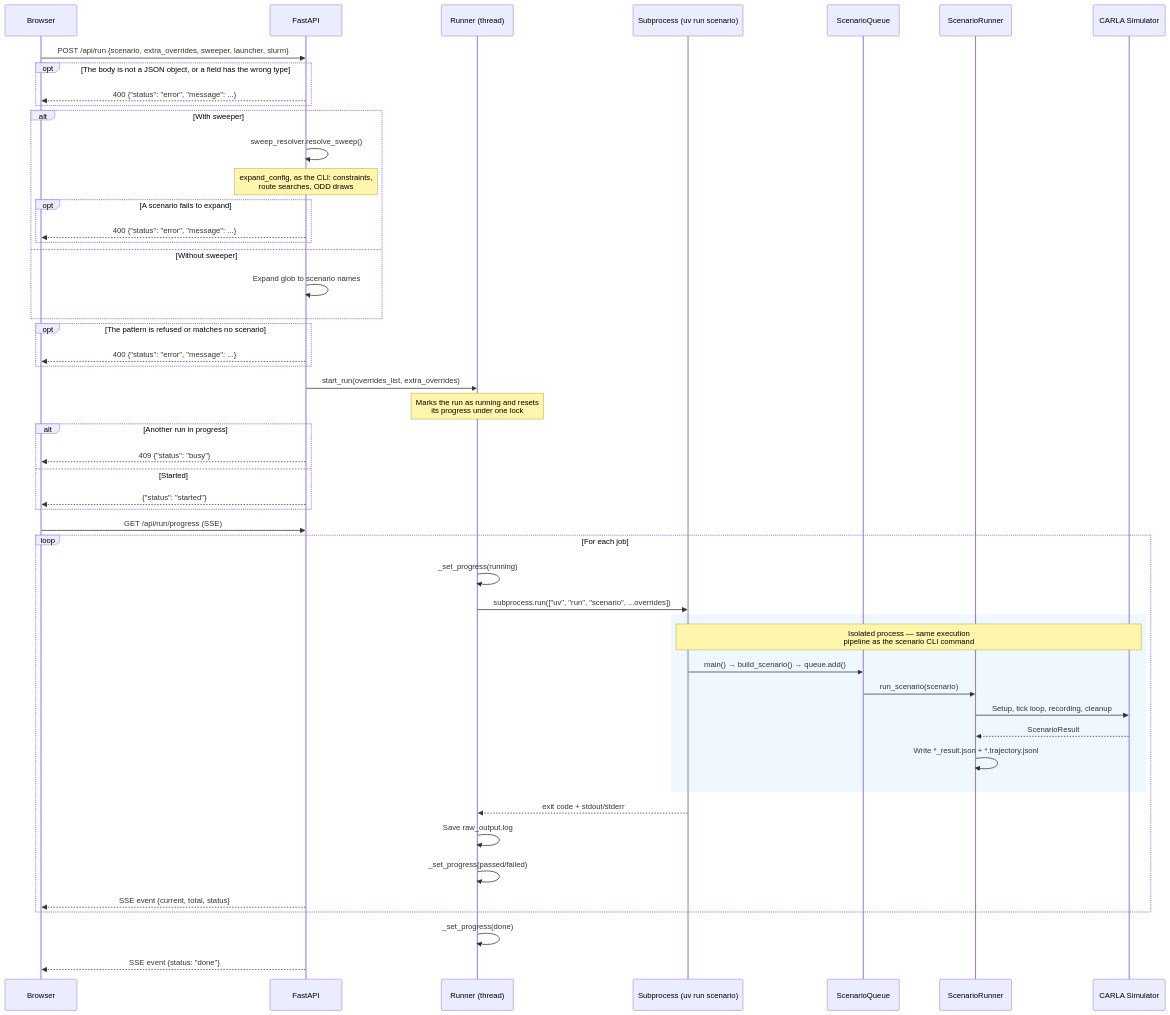
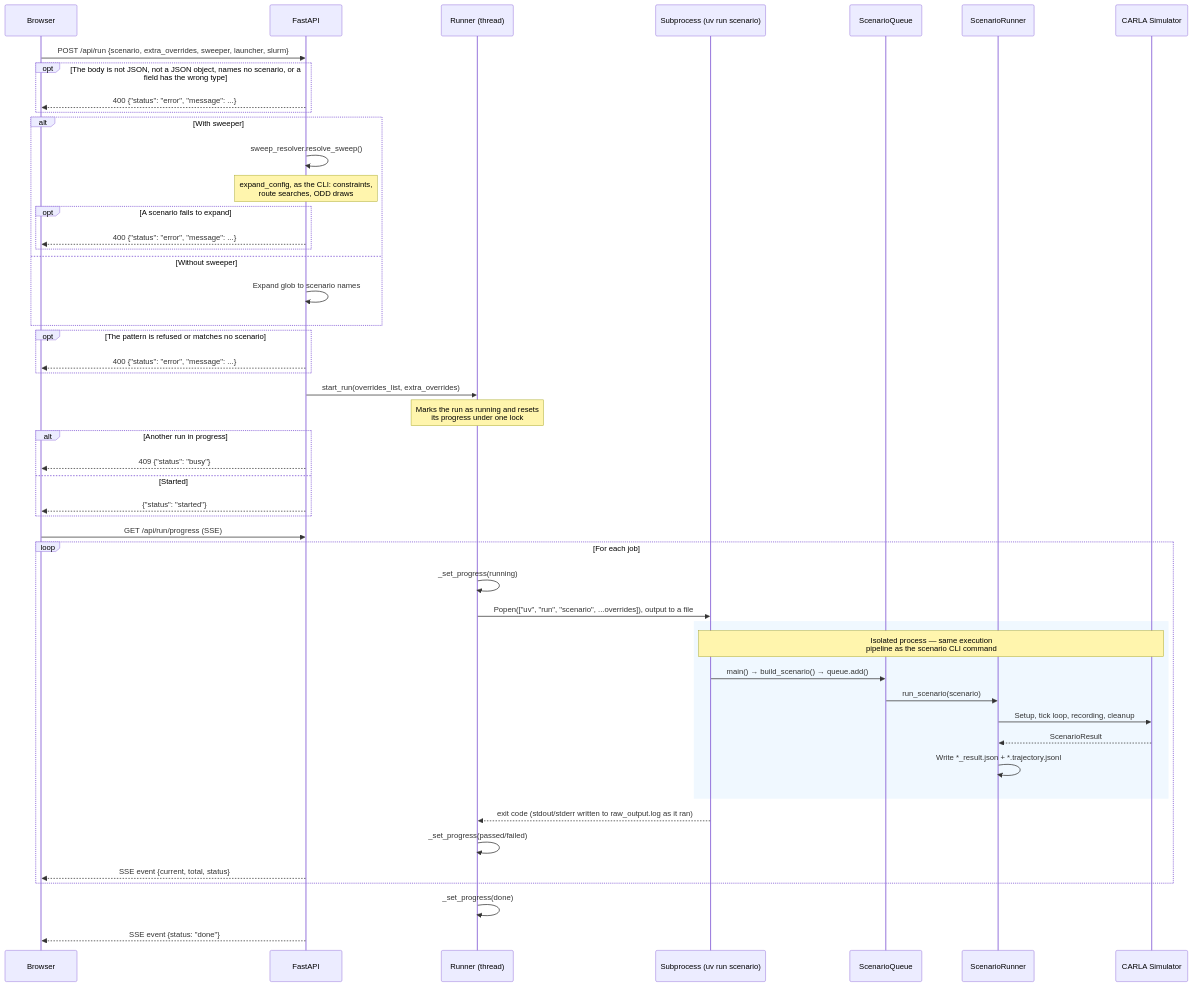
The ninth of 13 diagrams in autoware_carla_scenario/docs/architecture.md (autowarefoundation/autoware_carla_scenario), drawn with Mermaid before and after one commit. The commit also changed other lines of this file and 14 other files, not shown here.

First line of the commit message:
fix(ui): refuse garbled run bodies, match /compare cases without session-level overrides, job output to a file, no symlinked case files, 404 for missing sessions (#2240)

````diff
--- a/autoware_carla_scenario/docs/architecture.md
+++ b/autoware_carla_scenario/docs/architecture.md
@@ -1075,60 +1075,59 @@
 ```mermaid
 sequenceDiagram
     participant B as Browser
     participant A as FastAPI
     participant R as Runner (thread)
     participant S as Subprocess (uv run scenario)
     participant SQ as ScenarioQueue
     participant SR as ScenarioRunner
     participant C as CARLA Simulator
 
     B->>A: POST /api/run {scenario, extra_overrides, sweeper, launcher, slurm}
-    opt The body is not a JSON object, or a field has the wrong type
+    opt The body is not JSON, not a JSON object, names no scenario, or a field has the wrong type
         A-->>B: 400 {"status": "error", "message": ...}
     end
 
     alt With sweeper
         A->>A: sweep_resolver.resolve_sweep()
         Note over A: expand_config, as the CLI: constraints,<br/>route searches, ODD draws
         opt A scenario fails to expand
             A-->>B: 400 {"status": "error", "message": ...}
         end
     else Without sweeper
         A->>A: Expand glob to scenario names
     end
     opt The pattern is refused or matches no scenario
         A-->>B: 400 {"status": "error", "message": ...}
     end
 
     A->>R: start_run(overrides_list, extra_overrides)
     Note over R: Marks the run as running and resets<br/>its progress under one lock
     alt Another run in progress
         A-->>B: 409 {"status": "busy"}
     else Started
         A-->>B: {"status": "started"}
     end
 
     B->>A: GET /api/run/progress (SSE)
 
     loop For each job
         R->>R: _set_progress(running)
-        R->>S: subprocess.run(["uv", "run", "scenario", ...overrides])
+        R->>S: Popen(["uv", "run", "scenario", ...overrides]), output to a file
 
         rect rgb(240, 248, 255)
             Note over S,C: Isolated process — same execution<br/>pipeline as the scenario CLI command
             S->>SQ: main() → build_scenario() → queue.add()
             SQ->>SR: run_scenario(scenario)
             SR->>C: Setup, tick loop, recording, cleanup
             C-->>SR: ScenarioResult
             SR->>SR: Write *_result.json + *.trajectory.jsonl
         end
 
-        S-->>R: exit code + stdout/stderr
-        R->>R: Save raw_output.log
+        S-->>R: exit code (stdout/stderr written to raw_output.log as it ran)
         R->>R: _set_progress(passed/failed)
         A-->>B: SSE event {current, total, status}
     end
 
     R->>R: _set_progress(done)
     A-->>B: SSE event {status: "done"}
 ```
````
